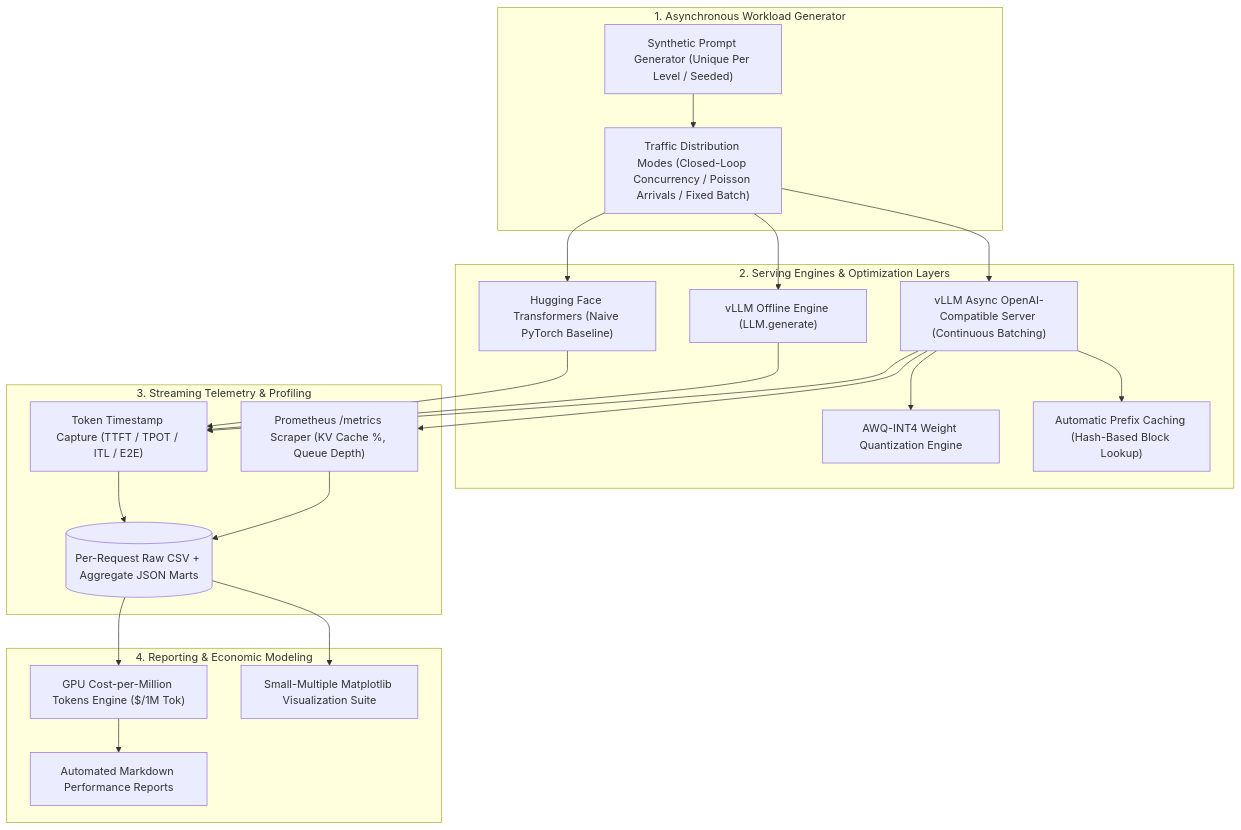
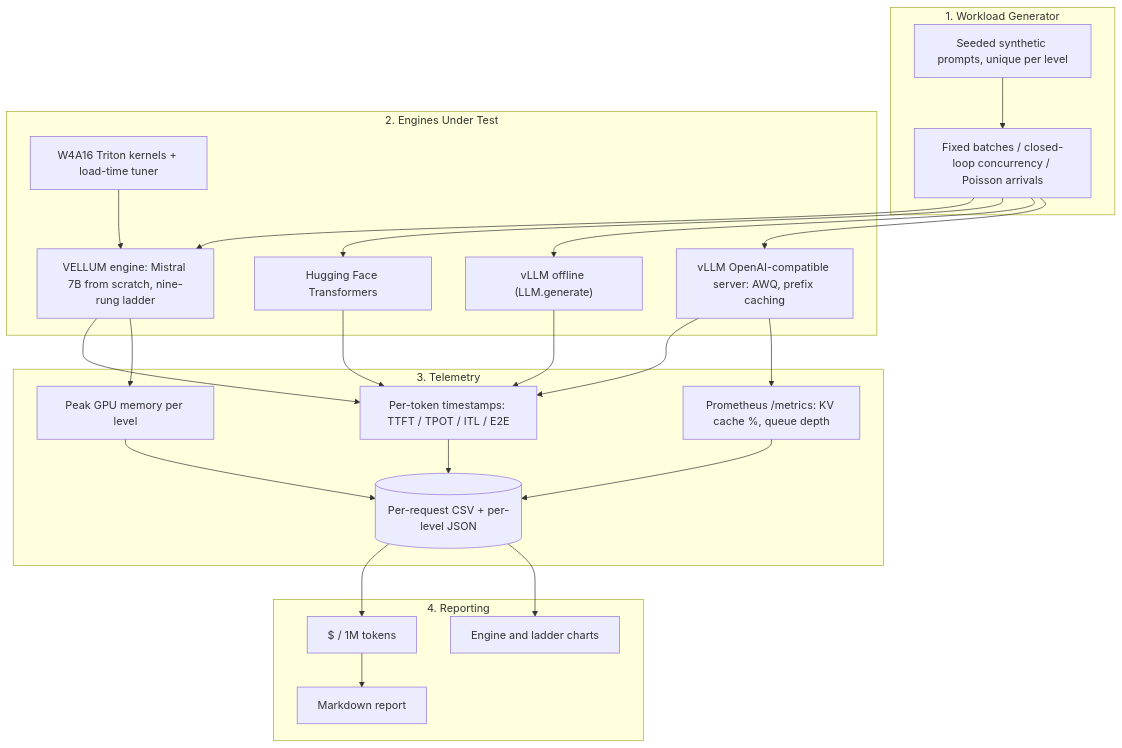
The diagram in README.md (pr4deepkumar/vellum), drawn with Mermaid before and after one commit. The commit also changed other lines of this file and 90 other files, not shown here.

Commit message:
VELLUM v2: Mistral 7B from scratch with a nine-rung optimization ladder ending in custom W4A16 Triton kernels, benchmarked against HF and vLLM on an L4, with v1 kept under v1/

````diff
--- a/README.md
+++ b/README.md
@@ -26,43 +147,46 @@
 ```mermaid
 flowchart TD
-    subgraph Workload["1. Asynchronous Workload Generator"]
-        Prompts["Synthetic Prompt Generator (Unique Per Level / Seeded)"]
-        Modes["Traffic Distribution Modes (Closed-Loop Concurrency / Poisson Arrivals / Fixed Batch)"]
+    subgraph Workload["1. Workload Generator"]
+        Prompts["Seeded synthetic prompts, unique per level"]
+        Modes["Fixed batches / closed-loop concurrency / Poisson arrivals"]
         Prompts --> Modes
     end
 
-    subgraph Engines["2. Serving Engines & Optimization Layers"]
-        HF["Hugging Face Transformers (Naive PyTorch Baseline)"]
-        Offline["vLLM Offline Engine (LLM.generate)"]
-        Server["vLLM Async OpenAI-Compatible Server (Continuous Batching)"]
-        AWQ["AWQ-INT4 Weight Quantization Engine"]
-        Prefix["Automatic Prefix Caching (Hash-Based Block Lookup)"]
-        Server --> AWQ
-        Server --> Prefix
+    subgraph Engines["2. Engines Under Test"]
+        Scratch["VELLUM engine: Mistral 7B from scratch, nine-rung ladder"]
+        Kernels["W4A16 Triton kernels + load-time tuner"]
+        HF["Hugging Face Transformers"]
+        Offline["vLLM offline (LLM.generate)"]
+        Server["vLLM OpenAI-compatible server: AWQ, prefix caching"]
+        Kernels --> Scratch
     end
 
-    subgraph Telemetry["3. Streaming Telemetry & Profiling"]
-        Timestamps["Token Timestamp Capture (TTFT / TPOT / ITL / E2E)"]
-        Prometheus["Prometheus /metrics Scraper (KV Cache %, Queue Depth)"]
-        RawData[(Per-Request Raw CSV + Aggregate JSON Marts)]
+    subgraph Telemetry["3. Telemetry"]
+        Timestamps["Per-token timestamps: TTFT / TPOT / ITL / E2E"]
+        Memory["Peak GPU memory per level"]
+        Prometheus["Prometheus /metrics: KV cache %, queue depth"]
+        RawData[(Per-request CSV + per-level JSON)]
         Timestamps --> RawData
+        Memory --> RawData
         Prometheus --> RawData
     end
 
-    subgraph Analytics["4. Reporting & Economic Modeling"]
-        Cost["GPU Cost-per-Million Tokens Engine ($/1M Tok)"]
-        Charts["Small-Multiple Matplotlib Visualization Suite"]
-        Report["Automated Markdown Performance Reports"]
-        RawData --> Cost
-        Cost --> Report
+    subgraph Analytics["4. Reporting"]
+        Cost["$ / 1M tokens"]
+        Charts["Engine and ladder charts"]
+        Report["Markdown report"]
+        RawData --> Cost --> Report
         RawData --> Charts
     end
 
+    Modes --> Scratch
     Modes --> HF
     Modes --> Offline
     Modes --> Server
+    Scratch --> Timestamps
+    Scratch --> Memory
     HF --> Timestamps
     Offline --> Timestamps
     Server --> Timestamps
     Server --> Prometheus
 ```
````
